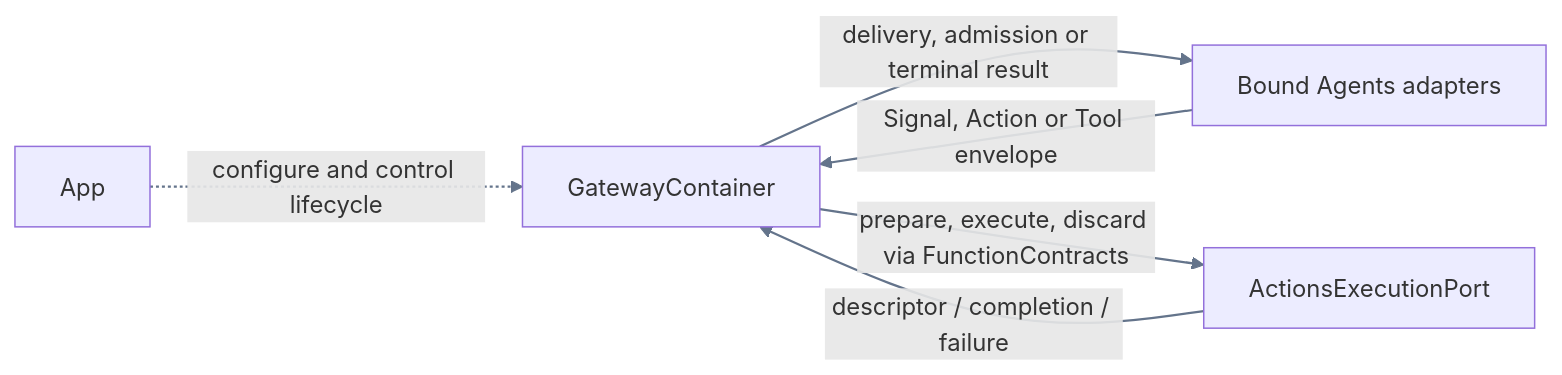
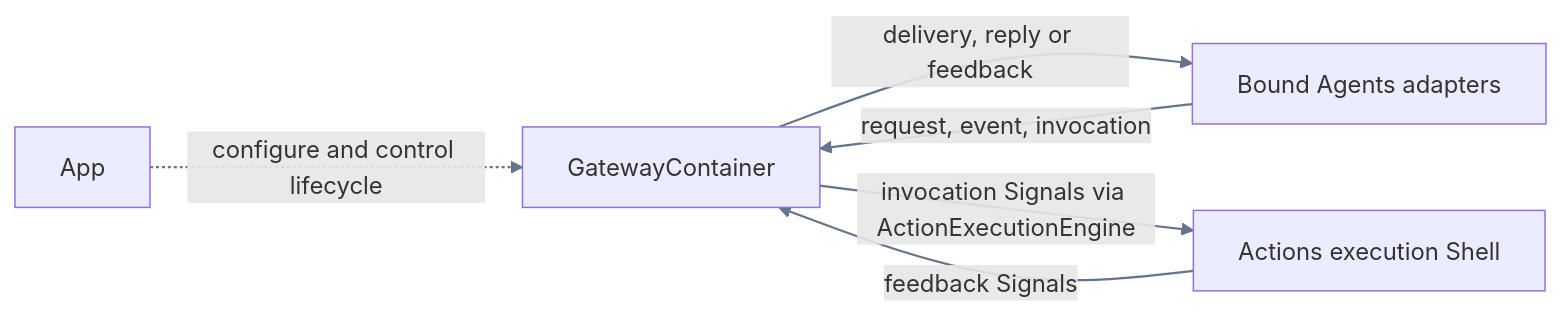
One commit to devilyouwei/MobileHarness changed the first of 2 diagrams in MobileHarness/Gateway/README.md. Above: the diagram before and after it, drawn with Mermaid. The commit also changed other lines of this file and 246 other files, not shown here.

````diff
--- a/MobileHarness/Gateway/README.md
+++ b/MobileHarness/Gateway/README.md
@@ -11,9 +11,9 @@
 ```mermaid
 flowchart LR
     App["App"] -.->|configure and control lifecycle| G["GatewayContainer"]
-    Agent["Bound Agents adapters"] -->|Signal, Action or Tool envelope| G
-    G -->|delivery, admission or terminal result| Agent
-    G -->|prepare, execute, discard via FunctionContracts| X["ActionsExecutionPort"]
-    X -->|descriptor / completion / failure| G
+    Agent["Bound Agents adapters"] -->|request, event, invocation| G
+    G -->|delivery, reply or feedback| Agent
+    G -->|invocation Signals via ActionExecutionEngine| X["Actions execution Shell"]
+    X -->|feedback Signals| G
     linkStyle default stroke:#64748b,stroke-width:1.5px
 ```
````
